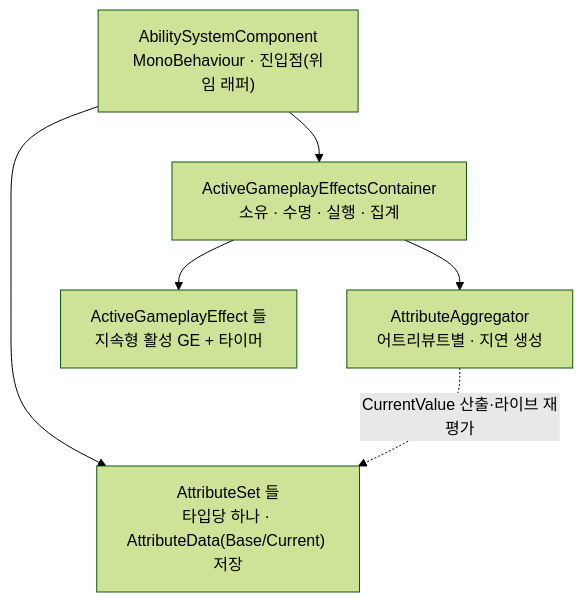
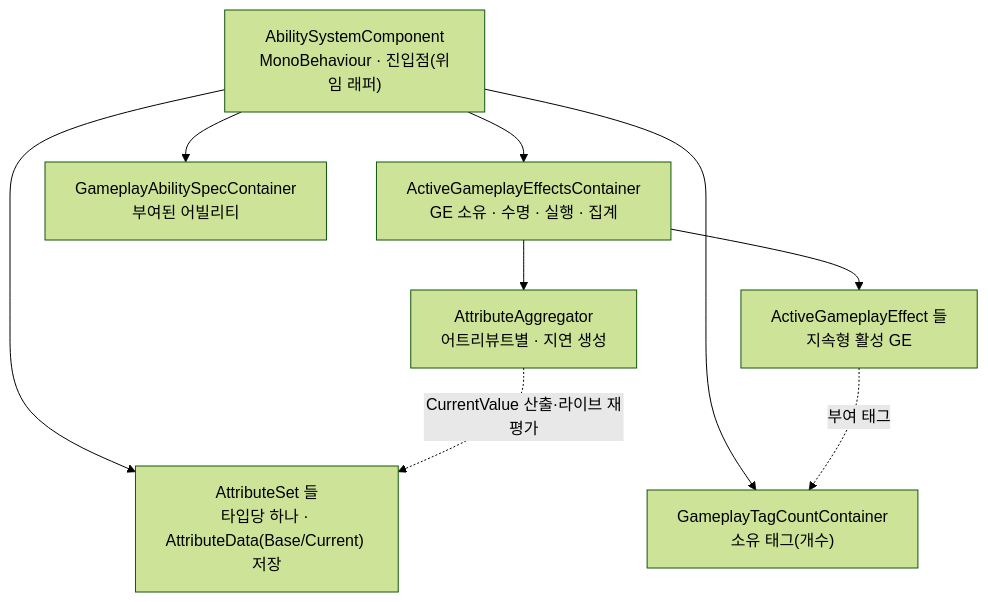
One commit to hanaaple/AbilitySystem-For-Unity changed the first of 3 diagrams in dev-docs/project/architecture/ability-system/overview.md. Above: the diagram before and after it, drawn with Mermaid (forest theme). The commit also changed other lines of this file and 862 other files, not shown here.

````diff
--- a/dev-docs/project/architecture/ability-system/overview.md
+++ b/dev-docs/project/architecture/ability-system/overview.md
@@ -15,14 +15,19 @@
 ```mermaid
 flowchart TD
     ASC["AbilitySystemComponent<br/>MonoBehaviour · 진입점(위임 래퍼)"]
     ASET["AttributeSet 들<br/>타입당 하나 · AttributeData(Base/Current) 저장"]
-    CONT["ActiveGameplayEffectsContainer<br/>소유 · 수명 · 실행 · 집계"]
-    AGE["ActiveGameplayEffect 들<br/>지속형 활성 GE + 타이머"]
+    CONT["ActiveGameplayEffectsContainer<br/>GE 소유 · 수명 · 실행 · 집계"]
+    AGE["ActiveGameplayEffect 들<br/>지속형 활성 GE"]
     AGG["AttributeAggregator<br/>어트리뷰트별 · 지연 생성"]
+    TAGS["GameplayTagCountContainer<br/>소유 태그(개수)"]
+    GAS["GameplayAbilitySpecContainer<br/>부여된 어빌리티"]
 
     ASC --> ASET
     ASC --> CONT
+    ASC --> TAGS
+    ASC --> GAS
     CONT --> AGE
     CONT --> AGG
     AGG -. CurrentValue 산출·라이브 재평가 .-> ASET
+    AGE -. 부여 태그 .-> TAGS
 ```
````
